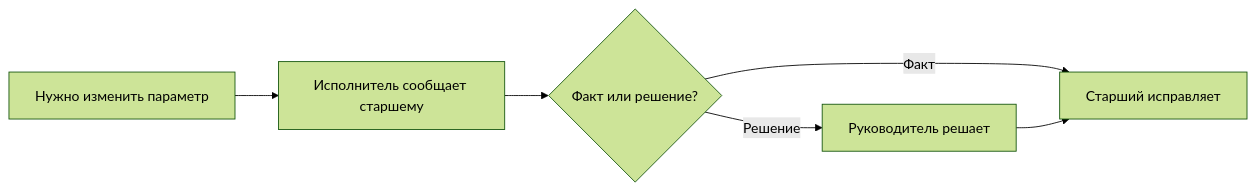
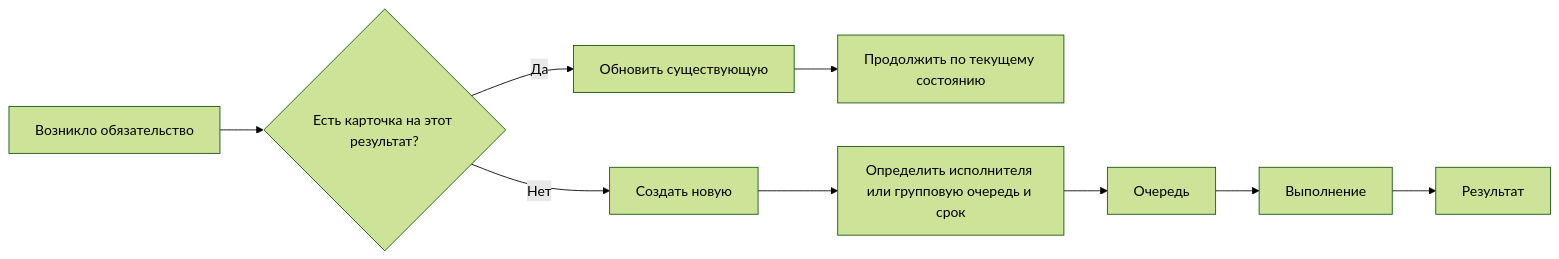
Before and after one commit to lazuale/department: the second of 6 diagrams in docs/01-methodology.md, drawn with Mermaid (forest theme). The commit also changed other lines of this file and 8 other files, not shown here.

````diff
--- a/docs/01-methodology.md
+++ b/docs/01-methodology.md
@@ -69,8 +20,11 @@
 ```mermaid
 flowchart LR
-    A[Нужно изменить параметр] --> B[Исполнитель сообщает старшему]
-    B --> C{Факт или решение?}
-    C -- Факт --> D[Старший исправляет]
-    C -- Решение --> E[Руководитель решает]
-    E --> D
+    A[Возникло обязательство] --> B{Есть карточка на этот результат?}
+    B -- Да --> C[Обновить существующую]
+    C --> S[Продолжить по текущему состоянию]
+    B -- Нет --> D[Создать новую]
+    D --> E[Определить исполнителя или групповую очередь и срок]
+    E --> Q[Очередь]
+    Q --> W[Выполнение]
+    W --> R[Результат]
 ```
````
